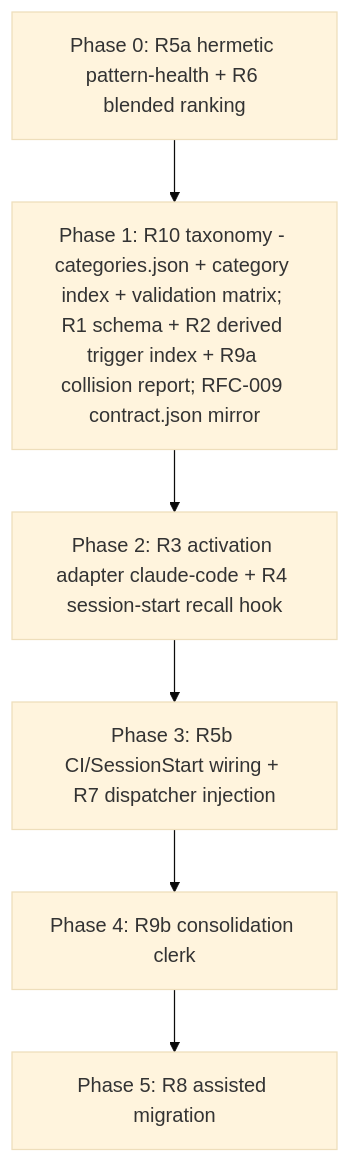
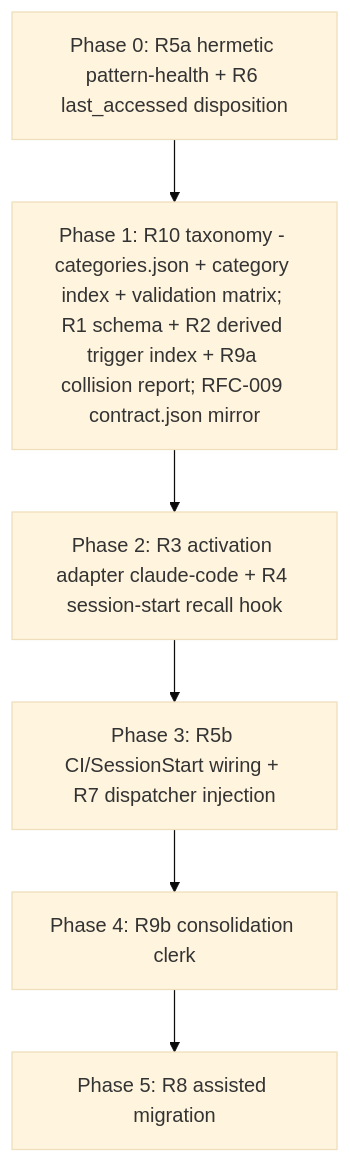
Before and after one commit to lantisprime/episodic-memory: the diagram in docs/rfcs/RFC-009-lesson-activation.md, drawn with Mermaid (base theme). The commit also changed other lines of this file, not shown here.

````diff
--- a/docs/rfcs/RFC-009-lesson-activation.md
+++ b/docs/rfcs/RFC-009-lesson-activation.md
@@ -314,15 +316,15 @@
 ```mermaid
 graph TD
-    P0[Phase 0: R5a hermetic pattern-health + R6 blended ranking]
+    P0[Phase 0: R5a hermetic pattern-health + R6 last_accessed disposition]
     P1[Phase 1: R10 taxonomy - categories.json + category index + validation matrix; R1 schema + R2 derived trigger index + R9a collision report; RFC-009 contract.json mirror]
     P2[Phase 2: R3 activation adapter claude-code + R4 session-start recall hook]
     P3[Phase 3: R5b CI/SessionStart wiring + R7 dispatcher injection]
     P4[Phase 4: R9b consolidation clerk]
     P5[Phase 5: R8 assisted migration]
 
     P0 --> P1
     P1 --> P2
     P2 --> P3
     P3 --> P4
     P4 --> P5
 ```
````
